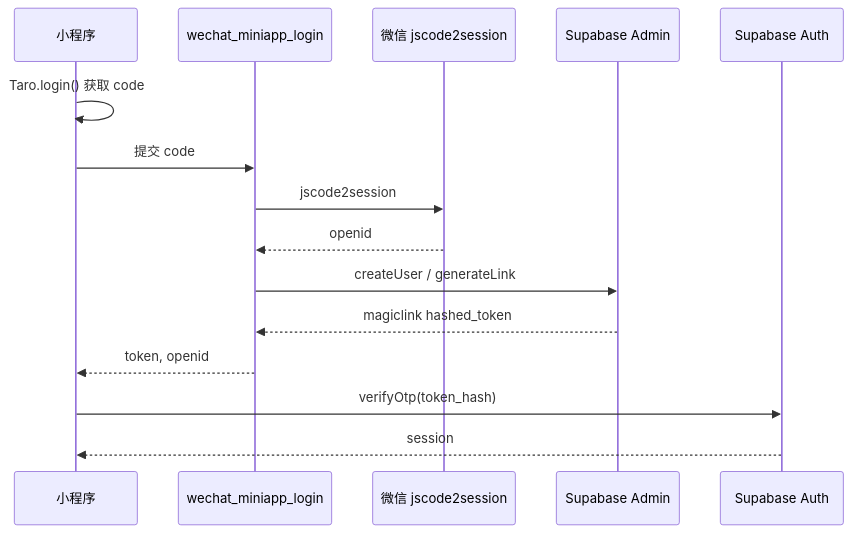
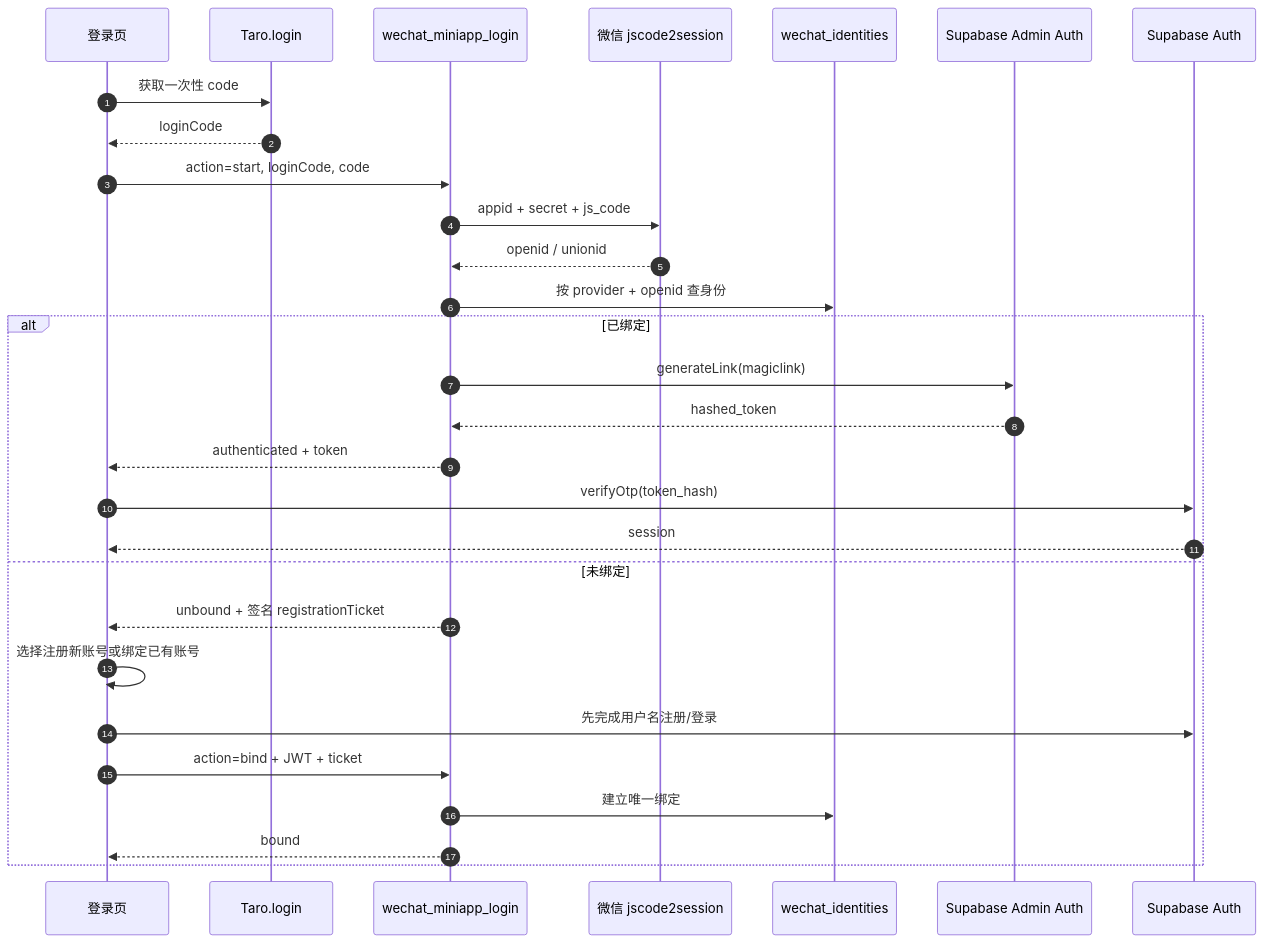
One commit to pipiwolve/HealthCare changed diagram 12 of 22 in docs/system-architecture-current-report.md. Above: the diagram before and after it, drawn with Mermaid. The commit also changed other lines of this file and 64 other files, not shown here.

````diff
--- a/docs/system-architecture-current-report.md
+++ b/docs/system-architecture-current-report.md
@@ -101,18 +492,32 @@
 ```mermaid
 sequenceDiagram
-  participant MP as 小程序
+  autonumber
+  participant Page as 登录页
+  participant Taro as Taro.login
   participant EF as wechat_miniapp_login
   participant WX as 微信 jscode2session
-  participant SA as Supabase Admin
+  participant DB as wechat_identities
+  participant Admin as Supabase Admin Auth
   participant Auth as Supabase Auth
 
-  MP->>MP: Taro.login() 获取 code
-  MP->>EF: 提交 code
-  EF->>WX: jscode2session
-  WX-->>EF: openid
-  EF->>SA: createUser / generateLink
-  SA-->>EF: magiclink hashed_token
-  EF-->>MP: token, openid
-  MP->>Auth: verifyOtp(token_hash)
-  Auth-->>MP: session
+  Page->>Taro: 获取一次性 code
+  Taro-->>Page: loginCode
+  Page->>EF: action=start, loginCode, code
+  EF->>WX: appid + secret + js_code
+  WX-->>EF: openid / unionid
+  EF->>DB: 按 provider + openid 查身份
+  alt 已绑定
+    EF->>Admin: generateLink(magiclink)
+    Admin-->>EF: hashed_token
+    EF-->>Page: authenticated + token
+    Page->>Auth: verifyOtp(token_hash)
+    Auth-->>Page: session
+  else 未绑定
+    EF-->>Page: unbound + 签名 registrationTicket
+    Page->>Page: 选择注册新账号或绑定已有账号
+    Page->>Auth: 先完成用户名注册/登录
+    Page->>EF: action=bind + JWT + ticket
+    EF->>DB: 建立唯一绑定
+    EF-->>Page: bound
+  end
 ```
````
